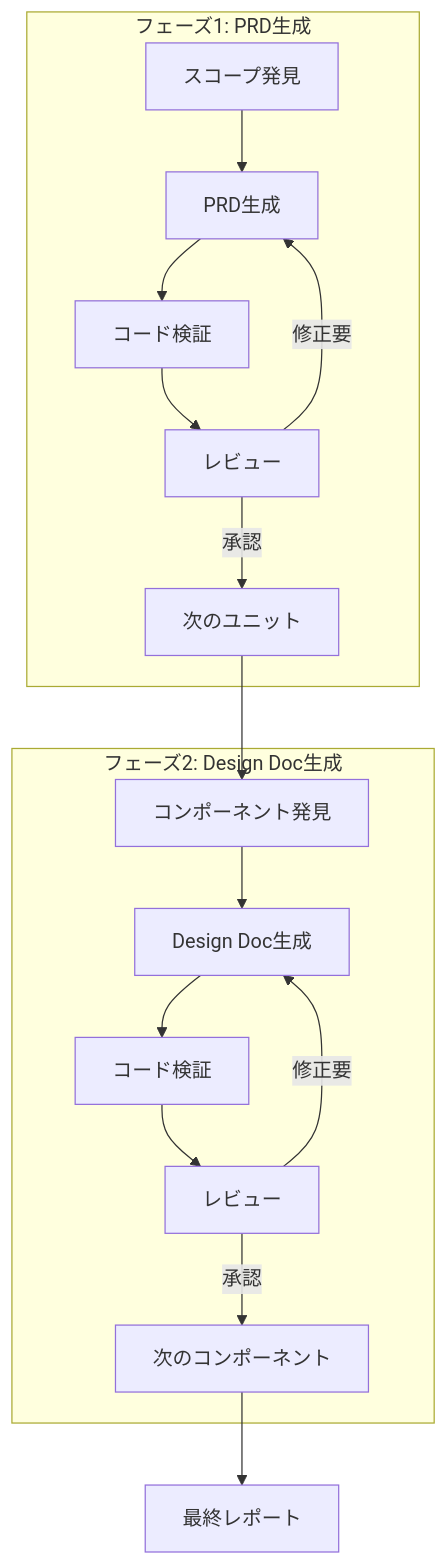
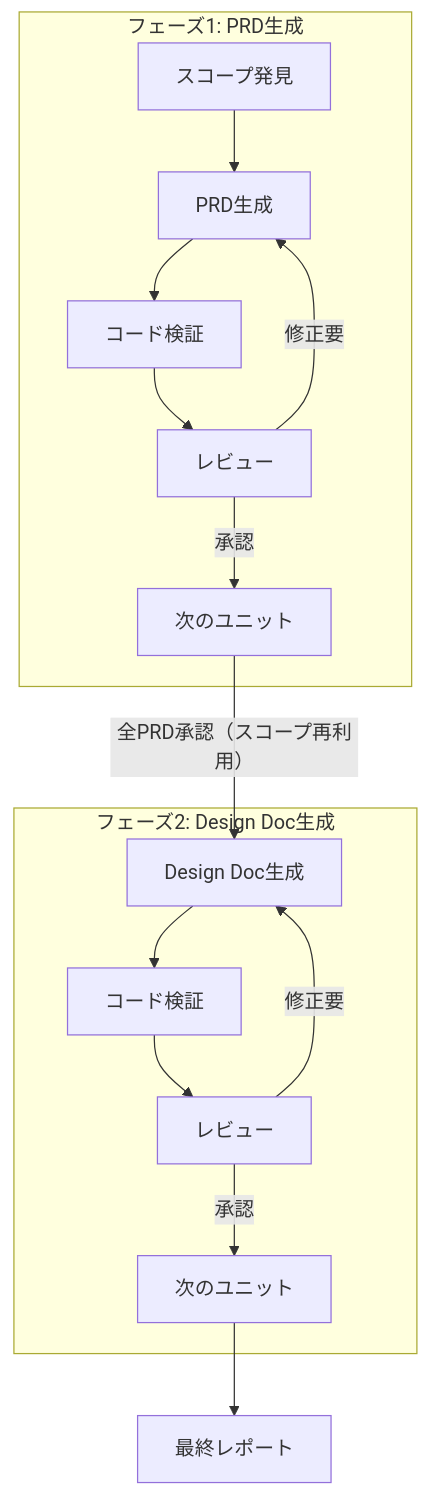
Before and after one commit to shinpr/ai-coding-project-boilerplate: the second of 2 diagrams in README.ja.md, drawn with Mermaid. The commit also changed other lines of this file, not shown here.

Commit message:
docs: update README.ja.md for fullstack workflow changes
- Remove /front-reverse-design from command table (absorbed into /reverse-engineer)
- Update /reverse-engineer description with fullstack option
- Update mermaid diagram: remove Phase 2 re-discovery, reuse scope
- Update scope-discoverer description to unified functional scope

````diff
--- a/README.ja.md
+++ b/README.ja.md
@@ -210,21 +209,20 @@
 ```mermaid
 graph TB
     subgraph フェーズ1 [フェーズ1: PRD生成]
         A1[スコープ発見] --> A2[PRD生成]
         A2 --> A3[コード検証]
         A3 --> A4[レビュー]
         A4 -->|修正要| A2
         A4 -->|承認| A5[次のユニット]
     end
 
     subgraph フェーズ2 [フェーズ2: Design Doc生成]
-        B1[コンポーネント発見] --> B2[Design Doc生成]
-        B2 --> B3[コード検証]
+        B2[Design Doc生成] --> B3[コード検証]
         B3 --> B4[レビュー]
         B4 -->|修正要| B2
-        B4 -->|承認| B5[次のコンポーネント]
+        B4 -->|承認| B5[次のユニット]
     end
 
-    A5 --> B1
+    A5 -->|"全PRD承認（スコープ再利用）"| B2
     B5 --> C[最終レポート]
 ```
````
